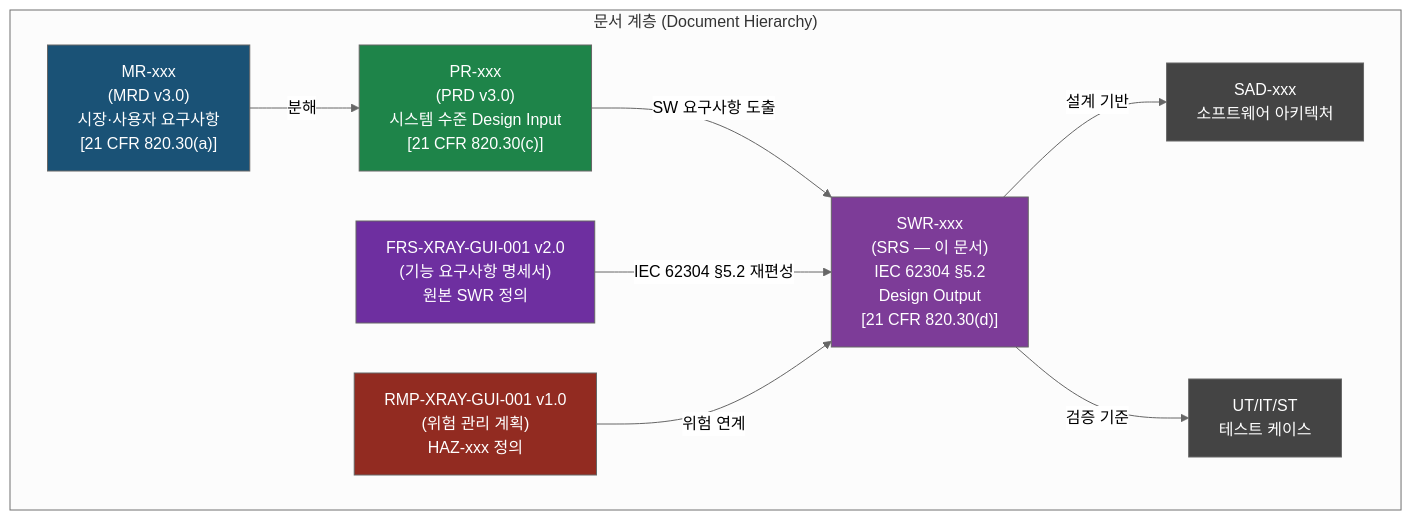
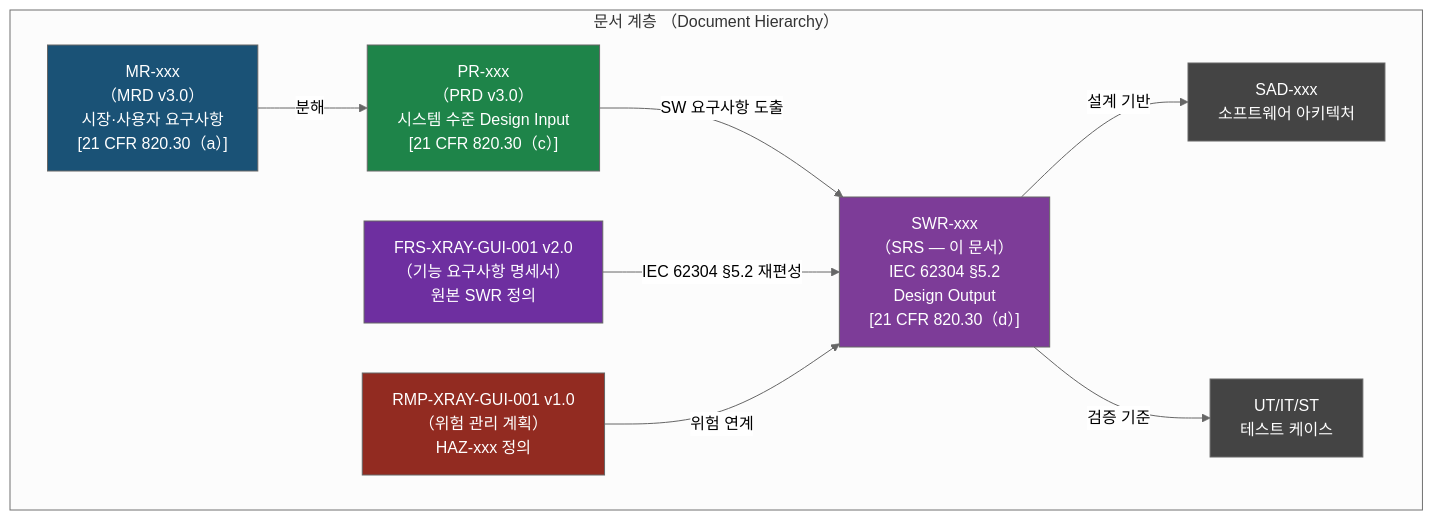
The first of 6 diagrams in docs/planning/DOC-005_SRS_v2.0.md (holee9/console-gui), drawn with Mermaid (neutral theme) before and after one commit. The commit also changed other lines of this file and 22 other files, not shown here.

First line of the commit message:
fix: Mermaid flowchart 노드 내 괄호 파싱 오류 전면 수정

````diff
--- a/docs/planning/DOC-005_SRS_v2.0.md
+++ b/docs/planning/DOC-005_SRS_v2.0.md
@@ -88,26 +88,26 @@
 ```mermaid
 flowchart TD
-    subgraph DocChain["문서 계층 (Document Hierarchy)"]
-        MR["MR-xxx\n(MRD v3.0)\n시장·사용자 요구사항\n[21 CFR 820.30(a)]"]
-        PR["PR-xxx\n(PRD v3.0)\n시스템 수준 Design Input\n[21 CFR 820.30(c)]"]
-        SRS_doc["SWR-xxx\n(SRS — 이 문서)\nIEC 62304 §5.2\nDesign Output\n[21 CFR 820.30(d)]"]
-        FRS["FRS-XRAY-GUI-001 v2.0\n(기능 요구사항 명세서)\n원본 SWR 정의"]
-        RMP["RMP-XRAY-GUI-001 v1.0\n(위험 관리 계획)\nHAZ-xxx 정의"]
+    subgraph DocChain["문서 계층 （Document Hierarchy）"]
+        MR["MR-xxx\n（MRD v3.0）\n시장·사용자 요구사항\n[21 CFR 820.30（a）]"]
+        PR["PR-xxx\n（PRD v3.0）\n시스템 수준 Design Input\n[21 CFR 820.30（c）]"]
+        SRS_doc["SWR-xxx\n（SRS — 이 문서）\nIEC 62304 §5.2\nDesign Output\n[21 CFR 820.30（d）]"]
+        FRS["FRS-XRAY-GUI-001 v2.0\n（기능 요구사항 명세서）\n원본 SWR 정의"]
+        RMP["RMP-XRAY-GUI-001 v1.0\n（위험 관리 계획）\nHAZ-xxx 정의"]
         SAD["SAD-xxx\n소프트웨어 아키텍처"]
         TC["UT/IT/ST\n테스트 케이스"]
     end
 
     MR -->|"분해"| PR
     PR -->|"SW 요구사항 도출"| SRS_doc
     FRS -->|"IEC 62304 §5.2 재편성"| SRS_doc
     RMP -->|"위험 연계"| SRS_doc
     SRS_doc -->|"설계 기반"| SAD
     SRS_doc -->|"검증 기준"| TC
 
     classDef default fill:#444,stroke:#666,color:#fff
     style SRS_doc fill:#7d3c98,color:#fff
     style PR fill:#1e8449,color:#fff
     style MR fill:#1a5276,color:#fff
     style FRS fill:#6e2fa0,color:#fff
     style RMP fill:#922b21,color:#fff
 ```
````
